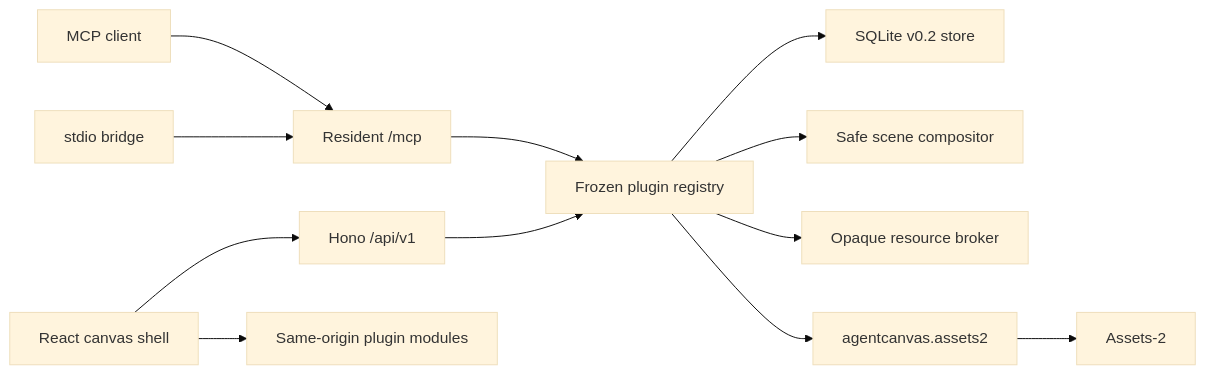
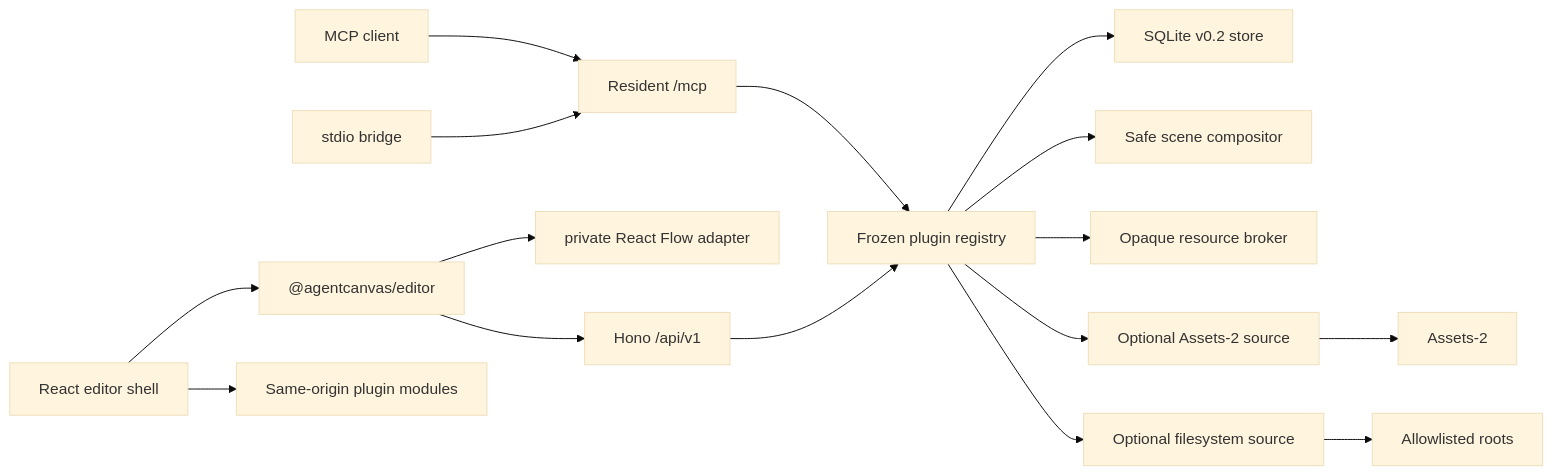
One commit to jackspooner/agentcanvas changed the diagram in docs/architecture.md. Above: the diagram before and after it, drawn with Mermaid (base theme). The commit also changed other lines of this file and 159 other files, not shown here.

````diff
--- a/docs/architecture.md
+++ b/docs/architecture.md
@@ -11,14 +15,18 @@
 ```mermaid
 flowchart LR
   Agent["MCP client"] --> Resident["Resident /mcp"]
   Stdio["stdio bridge"] --> Resident
-  Browser["React canvas shell"] --> HTTP["Hono /api/v1"]
+  Browser["React editor shell"] --> Editor["@agentcanvas/editor"]
+  Editor --> Flow["private React Flow adapter"]
+  Editor --> HTTP["Hono /api/v1"]
   Resident --> Registry["Frozen plugin registry"]
   HTTP --> Registry
   Browser --> Modules["Same-origin plugin modules"]
   Registry --> Store["SQLite v0.2 store"]
   Registry --> Snapshot["Safe scene compositor"]
   Registry --> Broker["Opaque resource broker"]
-  AssetsPlugin["agentcanvas.assets2"] --> Assets["Assets-2"]
+  AssetsPlugin["Optional Assets-2 source"] --> Assets["Assets-2"]
+  FilesPlugin["Optional filesystem source"] --> Files["Allowlisted roots"]
   Registry --> AssetsPlugin
+  Registry --> FilesPlugin
 ```
````
